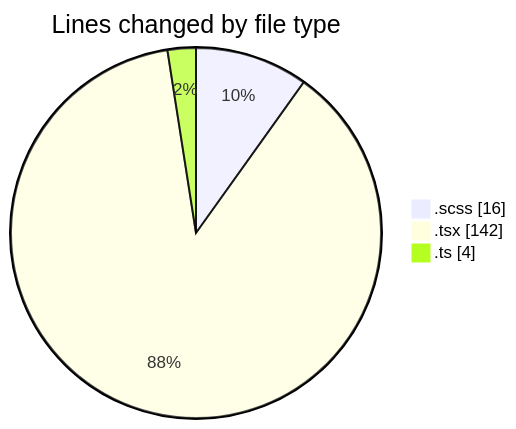
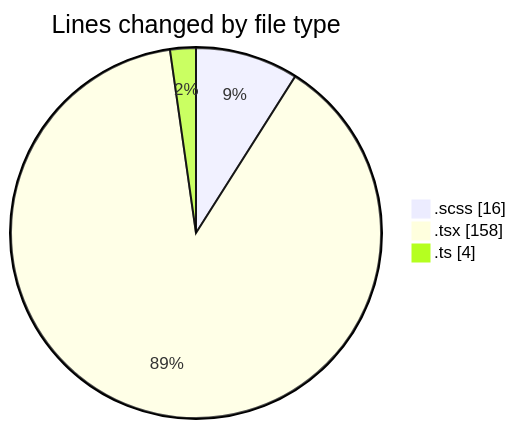
One commit to momahboobian/code-tracking changed the first of 2 diagrams in 2025-02-27/cda/README.md. Above: the diagram before and after it, drawn with Mermaid. The commit also changed other lines of this file and 1 other file, not shown here.

````diff
--- a/2025-02-27/cda/README.md
+++ b/2025-02-27/cda/README.md
@@ -24,7 +24,7 @@
 ```mermaid
 pie showData
 title Lines changed by file type
 ".scss" : 16
-".tsx" : 142
+".tsx" : 158
 ".ts" : 4
 ```
````
